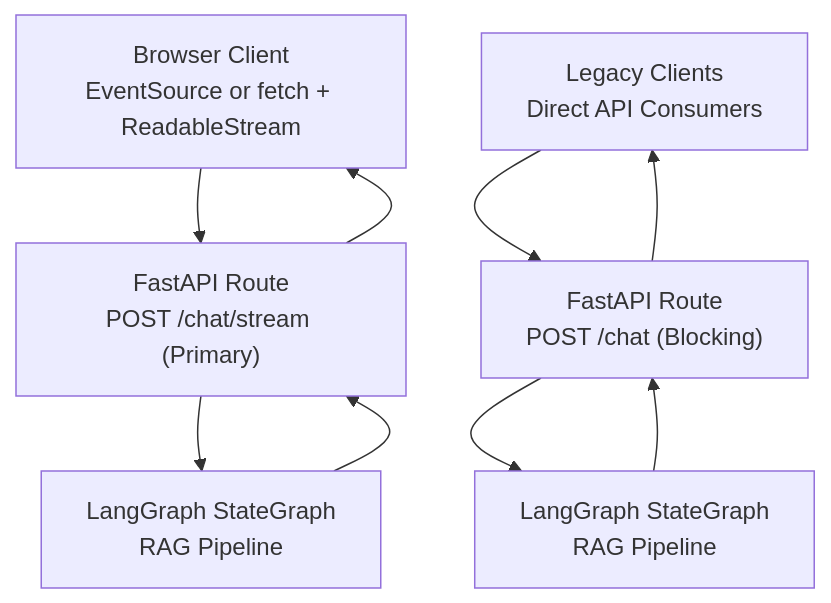
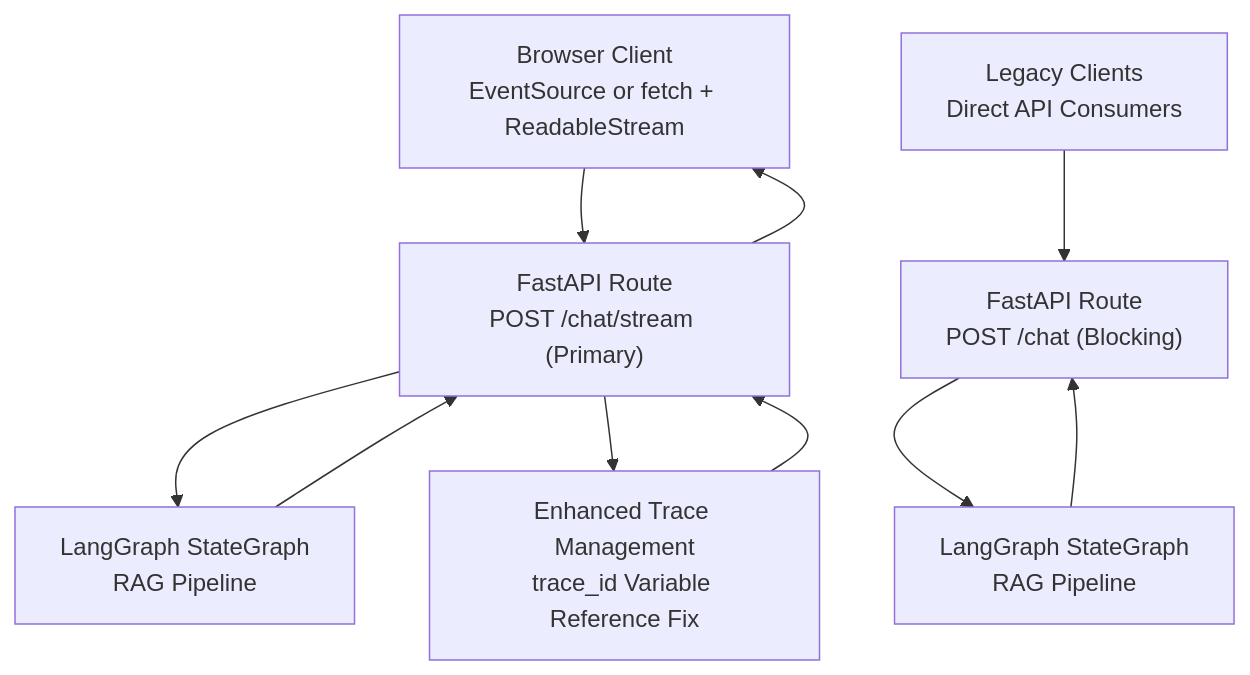
One commit to genes8/private-ai changed the first of 8 diagrams in .qoder/repowiki/en/content/API Reference/Chat API/Streaming Chat Endpoint.md. Above: the diagram before and after it, drawn with Mermaid. The commit also changed other lines of this file and 19 other files, not shown here.

````diff
--- a/.qoder/repowiki/en/content/API Reference/Chat API/Streaming Chat Endpoint.md
+++ b/.qoder/repowiki/en/content/API Reference/Chat API/Streaming Chat Endpoint.md
@@ -52,11 +52,12 @@
 ```mermaid
 graph TB
 Client["Browser Client<br/>EventSource or fetch + ReadableStream"] --> API["FastAPI Route<br/>POST /chat/stream (Primary)"]
 API --> Graph["LangGraph StateGraph<br/>RAG Pipeline"]
 Graph --> API
 API --> Client
 Client2["Legacy Clients<br/>Direct API Consumers"] --> API2["FastAPI Route<br/>POST /chat (Blocking)"]
 API2 --> Graph2["LangGraph StateGraph<br/>RAG Pipeline"]
 Graph2 --> API2
-API2 --> Client2
+API --> TraceId["Enhanced Trace Management<br/>trace_id Variable Reference Fix"]
+TraceId --> API
 ```
````
